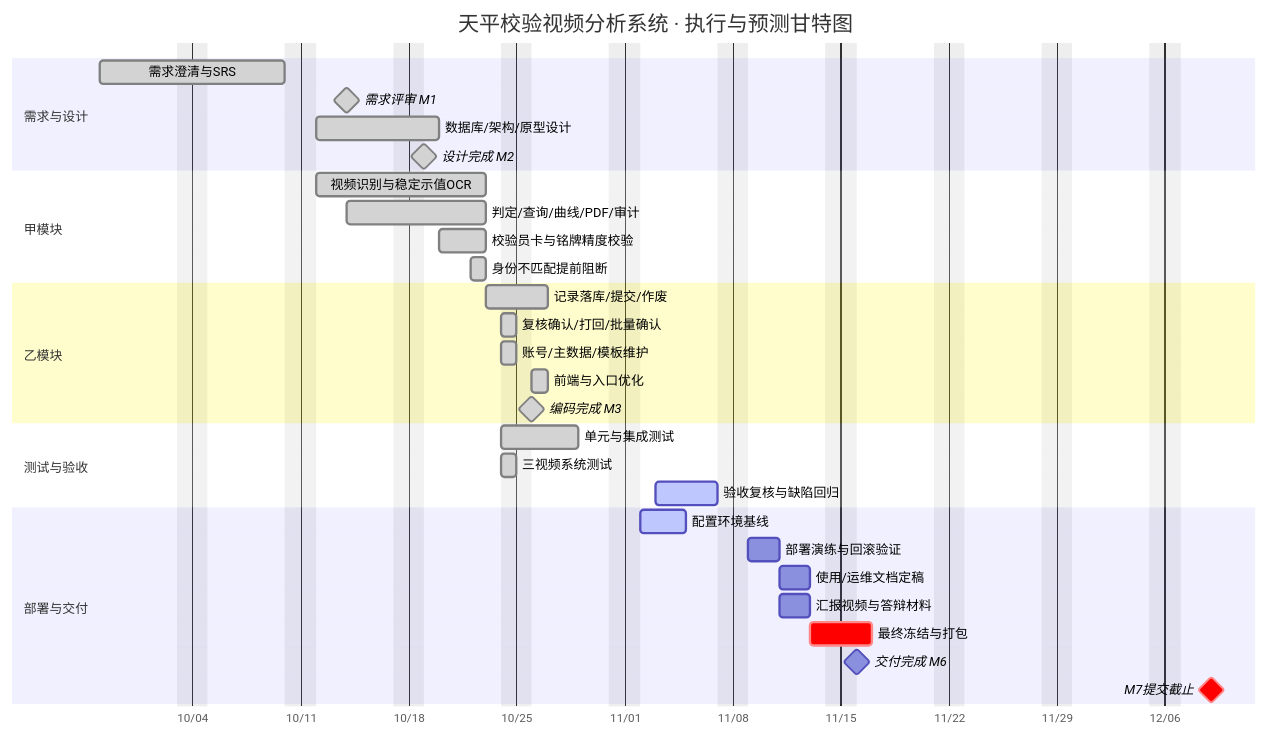
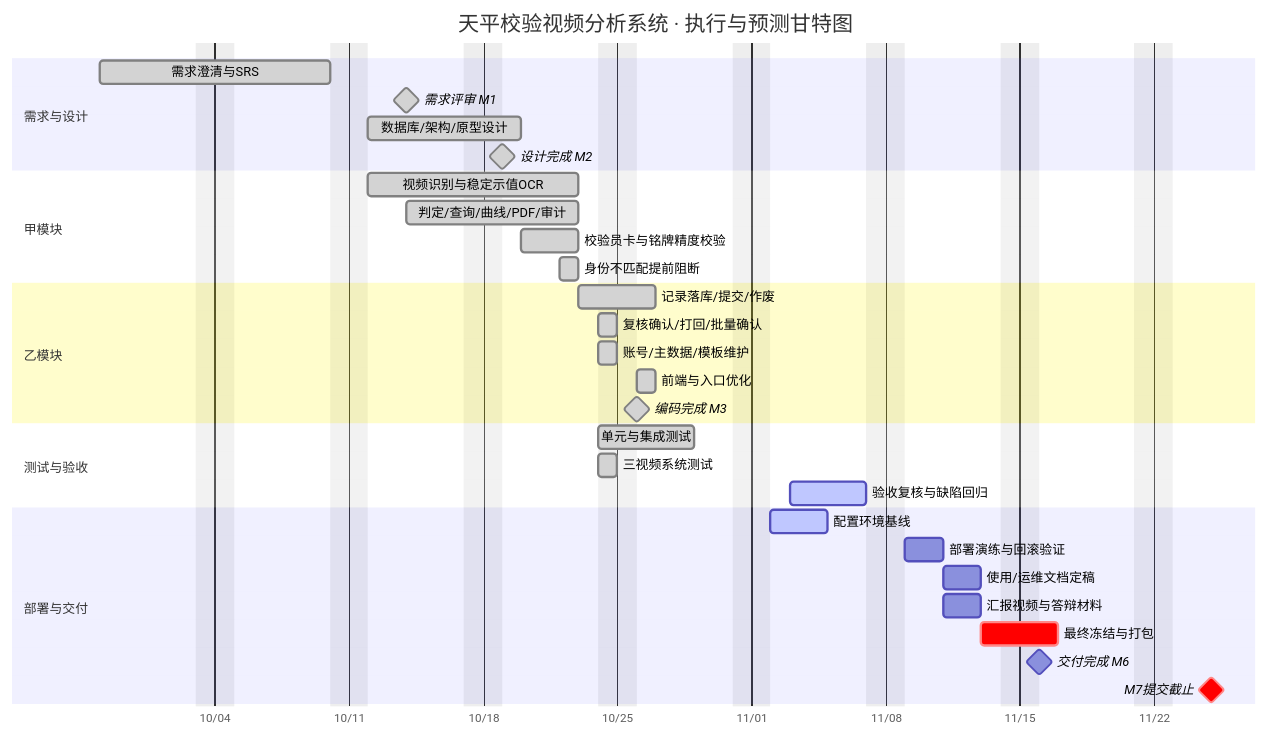
One commit to Copter1988/pm-knowledge-base changed the second of 2 diagrams in 天平校验视频分析项目/管理文档/进度管理/进度计划（甘特图与网络图）.md. Above: the diagram before and after it, drawn with Mermaid. The commit also changed other lines of this file and 20 other files, not shown here.

````diff
--- a/天平校验视频分析项目/管理文档/进度管理/进度计划（甘特图与网络图）.md
+++ b/天平校验视频分析项目/管理文档/进度管理/进度计划（甘特图与网络图）.md
@@ -205,41 +205,41 @@
 ```mermaid
 gantt
     title 天平校验视频分析系统 · 执行与预测甘特图
     dateFormat  YYYY-MM-DD
     axisFormat  %m/%d
     excludes    weekends
     todayMarker stroke-width:3px,stroke:#dc2626,opacity:0.8
 
     section 需求与设计
     需求澄清与SRS                 :done, a1, 2026-09-28, 10d
     需求评审 M1                   :milestone, done, m1, 2026-10-14, 0d
     数据库/架构/原型设计          :done, b1, 2026-10-12, 6d
     设计完成 M2                   :milestone, done, m2, 2026-10-19, 0d
 
     section 甲模块
     视频识别与稳定示值OCR          :done, c2, 2026-10-12, 9d
     判定/查询/曲线/PDF/审计        :done, c4, 2026-10-14, 7d
     校验员卡与铭牌精度校验          :done, c2b, 2026-10-20, 3d
     身份不匹配提前阻断              :done, c2c, 2026-10-22, 1d
 
     section 乙模块
     记录落库/提交/作废              :done, c3, 2026-10-23, 2d
     复核确认/打回/批量确认          :done, c5, 2026-10-24, 1d
     账号/主数据/模板维护            :done, c7, 2026-10-24, 1d
     前端与入口优化                  :done, c1, 2026-10-26, 1d
     编码完成 M3                     :milestone, done, m3, 2026-10-26, 0d
 
     section 测试与验收
     单元与集成测试                  :done, d1, 2026-10-24, 4d
     三视频系统测试                  :done, d3, 2026-10-24, 1d
     验收复核与缺陷回归              :active, d4, 2026-11-03, 4d
 
     section 部署与交付
     配置环境基线                    :active, e0, 2026-11-02, 3d
     部署演练与回滚验证              :e1, 2026-11-09, 2d
     使用/运维文档定稿               :e2, 2026-11-11, 2d
     汇报视频与答辩材料              :e3, 2026-11-11, 2d
     最终冻结与打包                  :crit, e4, 2026-11-13, 2d
     交付完成 M6                     :milestone, e5, 2026-11-16, 0d
-    M7提交截止                     :milestone, crit, m7, 2026-12-09, 0d
+    M7提交截止                     :milestone, crit, m7, 2026-11-25, 0d
 ```
````
